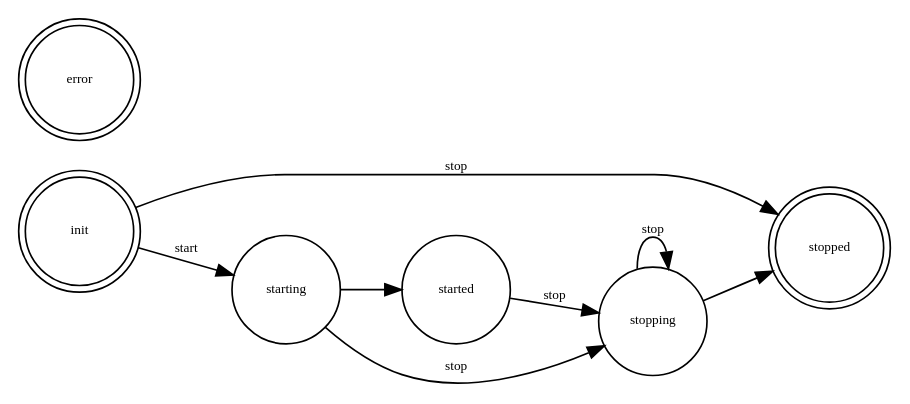
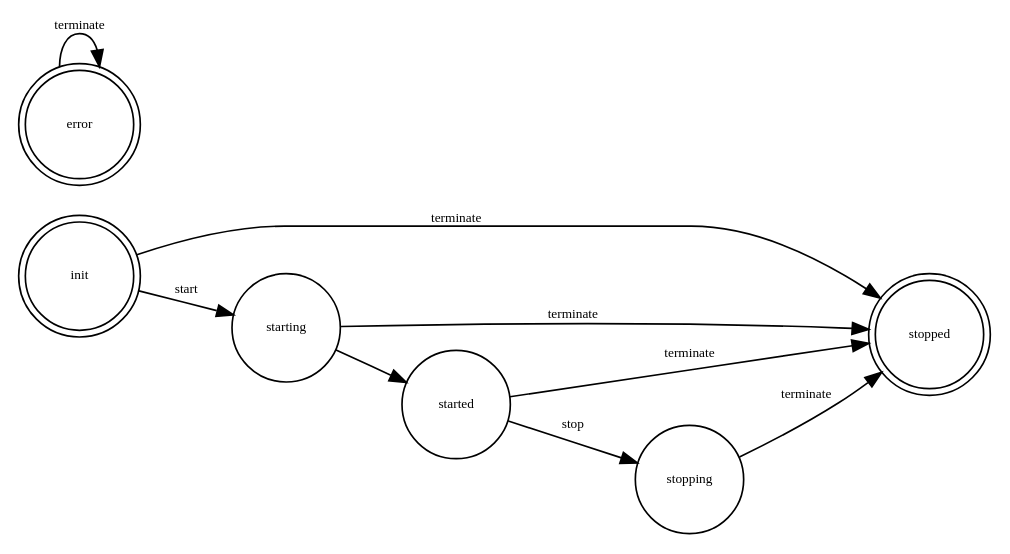
The fourth of 4 diagrams in doc/source/reactor_lifecycle.rst (kcallin/haka-mqtt), drawn with Graphviz before and after one commit. The commit also changed other lines of this file, not shown here.

Commit message:
Updated reactor_lifecycle state diagrams.

```diff
--- a/doc/source/reactor_lifecycle.rst
+++ b/doc/source/reactor_lifecycle.rst
@@ -59,20 +116,22 @@
 .. graphviz::
 
-    digraph STOP {
+    digraph TERMINATE {
         node [shape=circle,fontsize=8,fixedsize=true,width=0.9];
         edge [fontsize=8];
         rankdir=LR;
 
         "init" [shape="doublecircle"];
         "stopped" [shape="doublecircle"];
         "error" [shape="doublecircle"];
 
         "init" -> "starting" [label="start"];
         "starting" -> "started";
         "started" -> "stopping" [label="stop"];
-        "stopping" -> "stopped";
 
-        "init" -> "stopped" [label="stop"];
-        "starting" -> "stopping" [label="stop"];
-        "stopping" -> "stopping"  [label="stop"];
+        "init" -> "stopped" [label="terminate"];
+        "starting" -> "stopped" [label="terminate"];
+        "started" -> "stopped" [label="terminate"];
+        "stopping" -> "stopped"  [label="terminate"];
+
+        "error" -> "error" [label="terminate"];
     }
```
